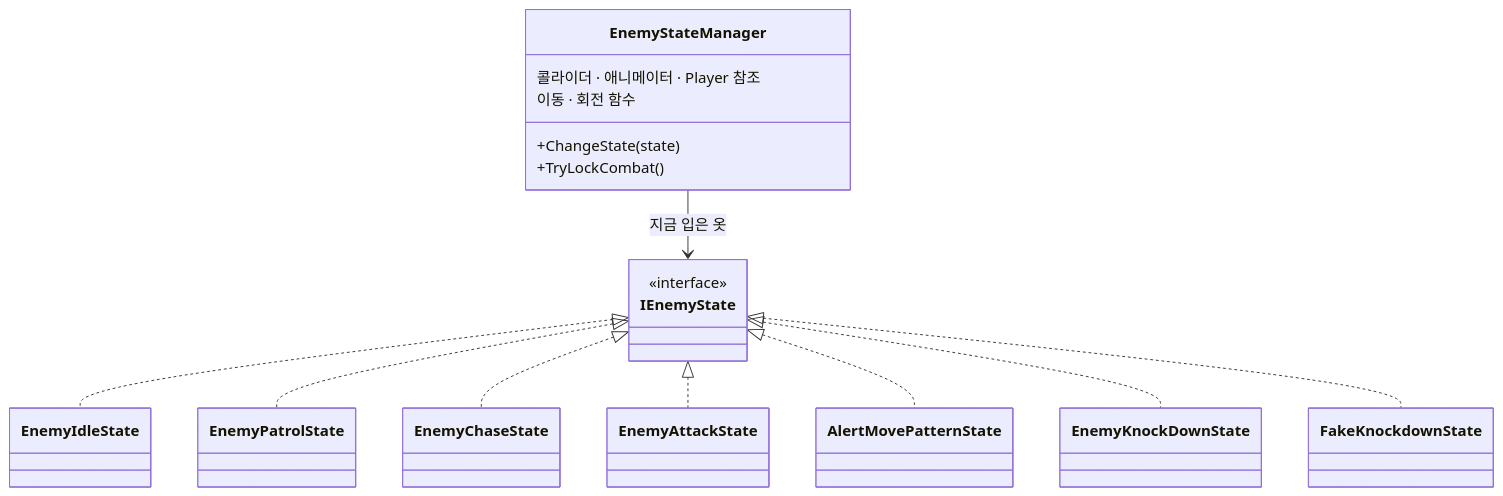
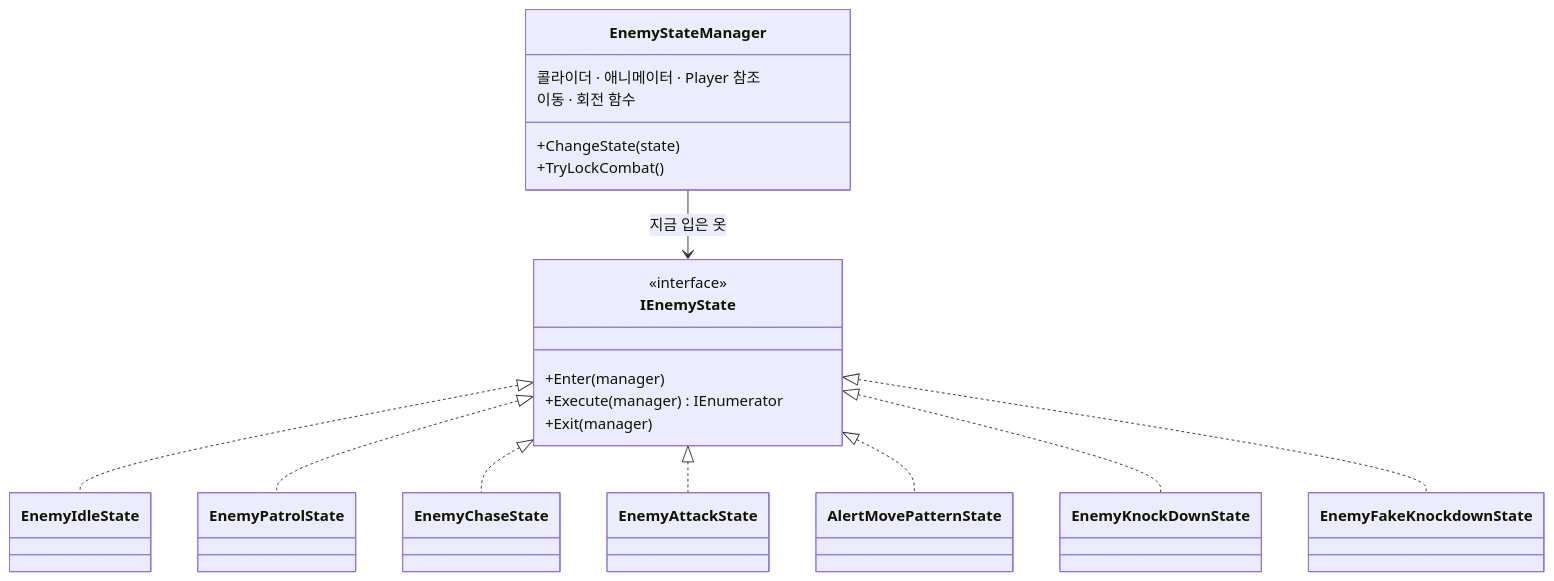
One commit to pinkshield/portfolio changed the first of 3 diagrams in src/1-watch-your-back/기술문서.md. Above: the diagram before and after it, drawn with Mermaid. The commit also changed other lines of this file and 9 other files, not shown here.

````diff
--- a/src/1-watch-your-back/기술문서.md
+++ b/src/1-watch-your-back/기술문서.md
@@ -90,20 +109,23 @@
 ```mermaid
 classDiagram
     class EnemyStateManager {
         콜라이더 · 애니메이터 · Player 참조
         이동 · 회전 함수
         +ChangeState(state)
         +TryLockCombat()
     }
     class IEnemyState {
         <<interface>>
+        +Enter(manager)
+        +Execute(manager) IEnumerator
+        +Exit(manager)
     }
     EnemyStateManager --> IEnemyState : 지금 입은 옷
     IEnemyState <|.. EnemyIdleState
     IEnemyState <|.. EnemyPatrolState
     IEnemyState <|.. EnemyChaseState
     IEnemyState <|.. EnemyAttackState
     IEnemyState <|.. AlertMovePatternState
     IEnemyState <|.. EnemyKnockDownState
-    IEnemyState <|.. FakeKnockdownState
+    IEnemyState <|.. EnemyFakeKnockdownState
 ```
````
